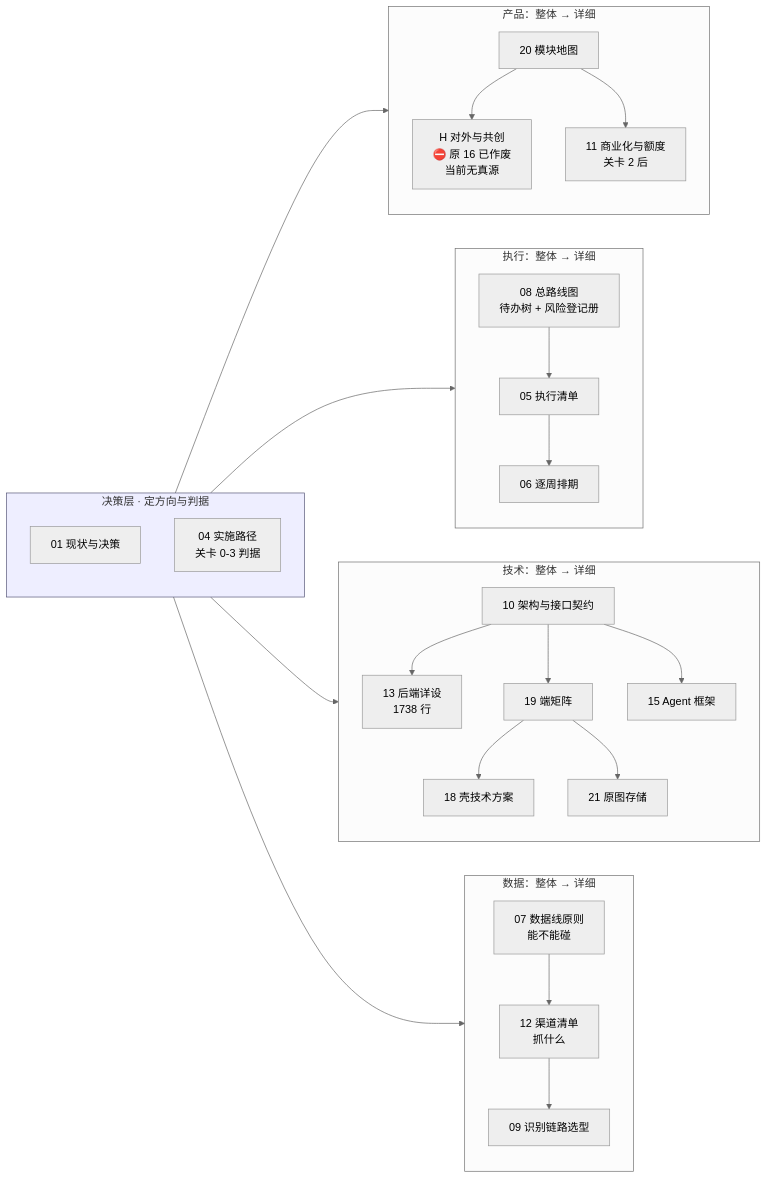
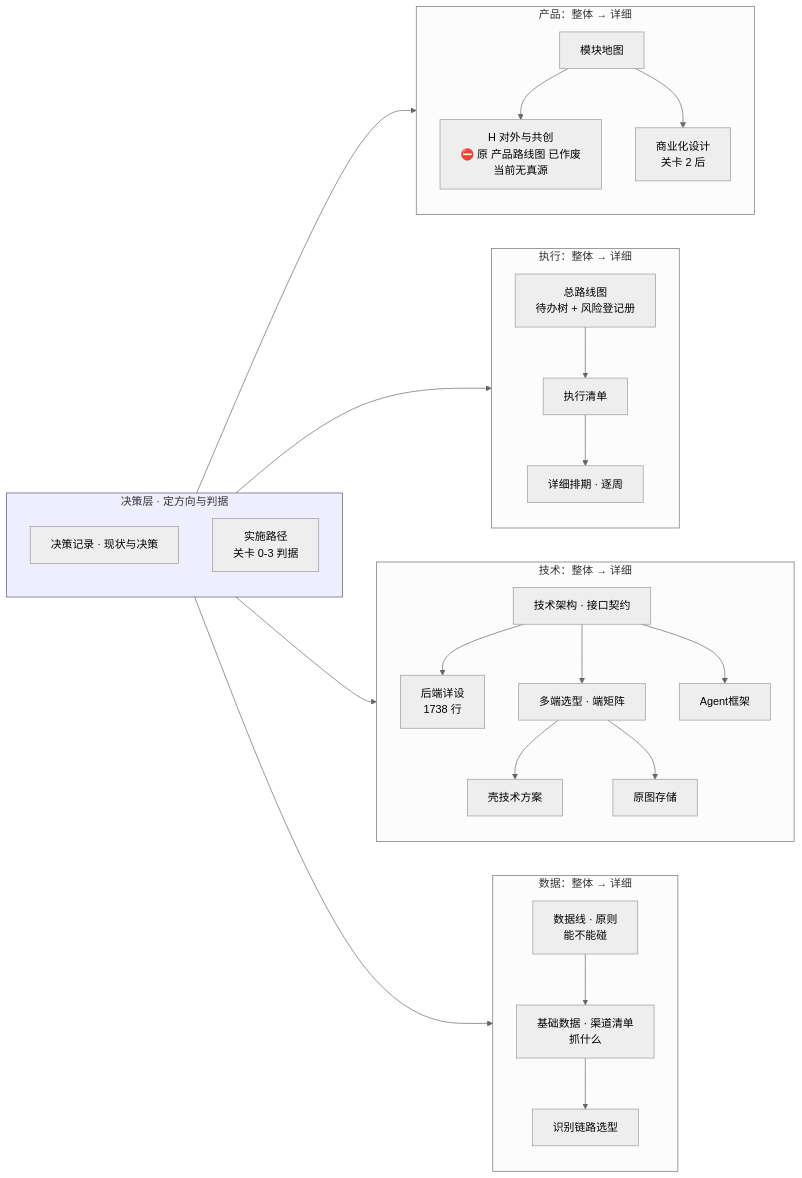
The diagram in docs/INDEX.md (chenyuanjin/kubic), drawn with Mermaid (neutral theme) before and after one commit. The commit also changed other lines of this file and 274 other files, not shown here.

````diff
--- a/docs/INDEX.md
+++ b/docs/INDEX.md
@@ -109,37 +142,37 @@
 ```mermaid
 flowchart LR
     subgraph 决策["决策层 · 定方向与判据"]
-        A1["01 现状与决策"]
-        A2["04 实施路径<br/>关卡 0-3 判据"]
+        A1["决策记录 · 现状与决策"]
+        A2["实施路径<br/>关卡 0-3 判据"]
     end
 
     subgraph 产品["产品：整体 → 详细"]
-        B1["20 模块地图"] --> B2["H 对外与共创<br/>⛔ 原 16 已作废<br/>当前无真源"]
-        B1 --> B3["11 商业化与额度<br/>关卡 2 后"]
+        B1["模块地图"] --> B2["H 对外与共创<br/>⛔ 原 产品路线图 已作废<br/>当前无真源"]
+        B1 --> B3["商业化设计<br/>关卡 2 后"]
     end
 
     subgraph 执行["执行：整体 → 详细"]
-        C1["08 总路线图<br/>待办树 + 风险登记册"] --> C2["05 执行清单"]
-        C2 --> C3["06 逐周排期"]
+        C1["总路线图<br/>待办树 + 风险登记册"] --> C2["执行清单"]
+        C2 --> C3["详细排期 · 逐周"]
     end
 
     subgraph 技术["技术：整体 → 详细"]
-        D1["10 架构与接口契约"] --> D2["13 后端详设<br/>1738 行"]
-        D1 --> D3["19 端矩阵"]
-        D3 --> D4["18 壳技术方案"]
-        D3 --> D5["21 原图存储"]
-        D1 --> D6["15 Agent 框架"]
+        D1["技术架构 · 接口契约"] --> D2["后端详设<br/>1738 行"]
+        D1 --> D3["多端选型 · 端矩阵"]
+        D3 --> D4["壳技术方案"]
+        D3 --> D5["原图存储"]
+        D1 --> D6["Agent框架"]
     end
 
     subgraph 数据["数据：整体 → 详细"]
-        E1["07 数据线原则<br/>能不能碰"] --> E2["12 渠道清单<br/>抓什么"]
-        E2 --> E3["09 识别链路选型"]
+        E1["数据线 · 原则<br/>能不能碰"] --> E2["基础数据 · 渠道清单<br/>抓什么"]
+        E2 --> E3["识别链路选型"]
     end
 
     决策 --> 产品
     决策 --> 执行
     决策 --> 技术
     决策 --> 数据
 
     style 决策 fill:#eef,stroke:#557
 ```
````
